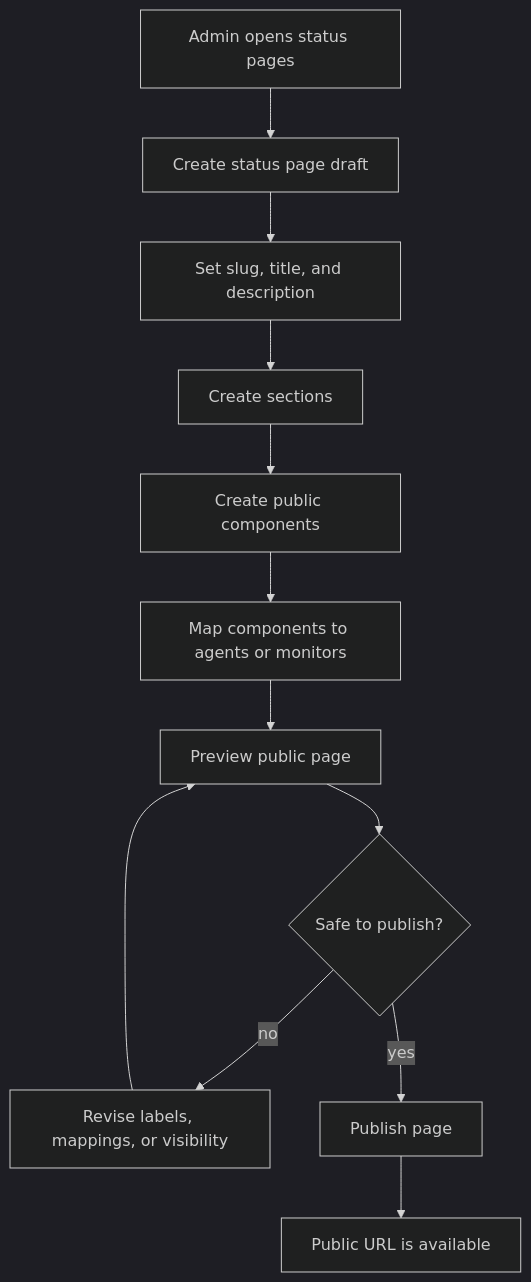
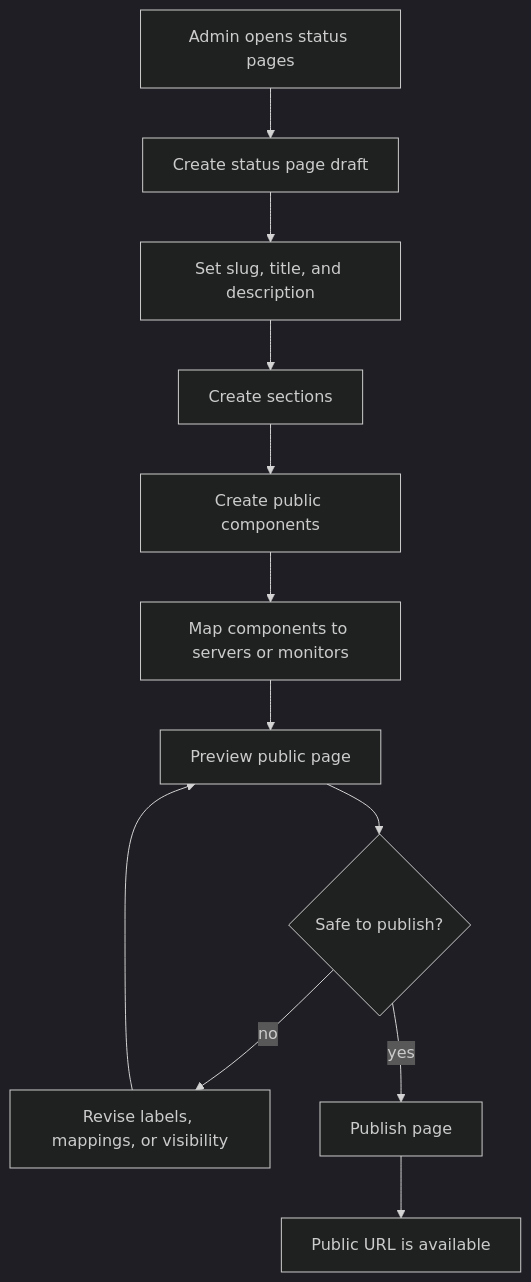
The fourth of 12 diagrams in docs/architecture/status-pages.md (sunday-studio/orion), drawn with Mermaid (dark theme) before and after one commit. The commit also changed other lines of this file and 72 other files, not shown here.

First line of the commit message:
refactor(repo): rename agents to servers

````diff
--- a/docs/architecture/status-pages.md
+++ b/docs/architecture/status-pages.md
@@ -307,14 +307,14 @@
 ```mermaid
 flowchart TD
   Start["Admin opens status pages"] --> Create["Create status page draft"]
   Create --> Basics["Set slug, title, and description"]
   Basics --> Sections["Create sections"]
   Sections --> Components["Create public components"]
-  Components --> Map["Map components to agents or monitors"]
+  Components --> Map["Map components to servers or monitors"]
   Map --> Preview["Preview public page"]
   Preview --> Validate{"Safe to publish?"}
   Validate -- "no" --> Edit["Revise labels, mappings, or visibility"]
   Edit --> Preview
   Validate -- "yes" --> Publish["Publish page"]
   Publish --> PublicURL["Public URL is available"]
 ```
````
